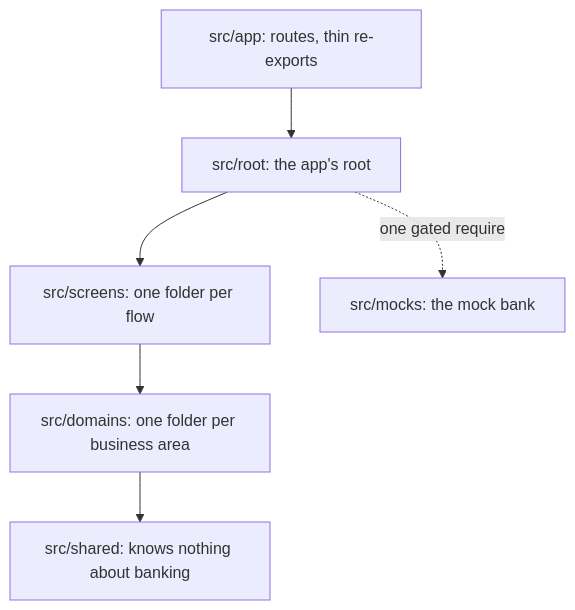
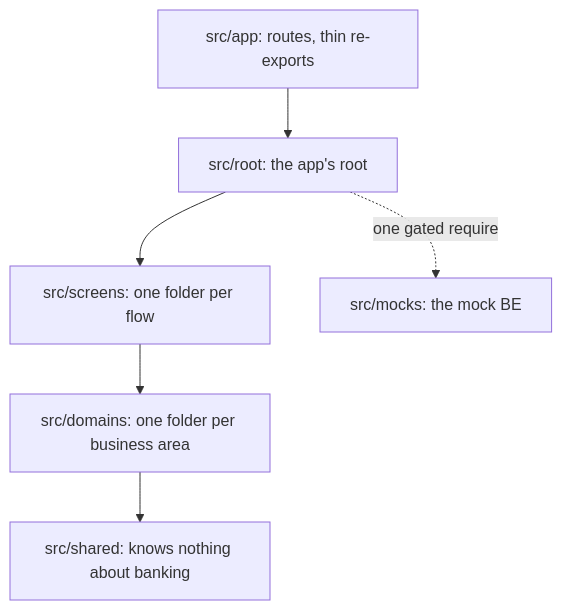
One commit to chiewwengkeat/ryt-transfer changed the second of 2 diagrams in docs/write-up.md. Above: the diagram before and after it, drawn with Mermaid.

Commit message:
docs(write-up): call the mocks folder the mock be in the folder diagram

````diff
--- a/docs/write-up.md
+++ b/docs/write-up.md
@@ -93,8 +93,8 @@
 ```mermaid
 flowchart TD
     app["src/app: routes, thin re-exports"] --> root["src/root: the app's root"]
     root --> screens["src/screens: one folder per flow"]
     screens --> domains["src/domains: one folder per business area"]
     domains --> shared["src/shared: knows nothing about banking"]
-    root -.->|one gated require| mocks["src/mocks: the mock bank"]
+    root -.->|one gated require| mocks["src/mocks: the mock BE"]
 ```
````
